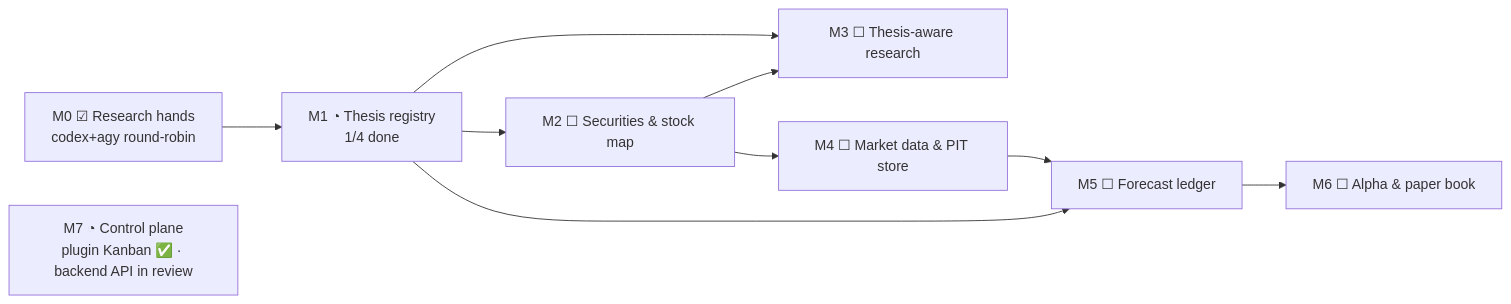
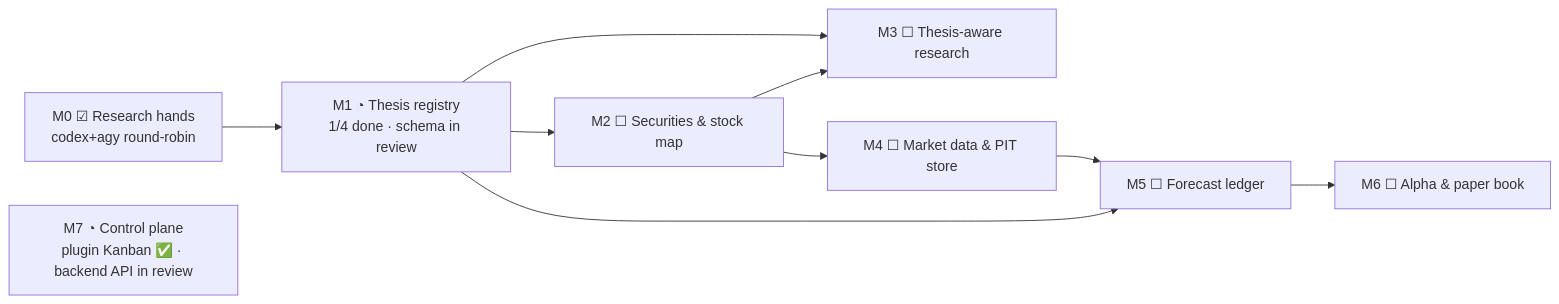
Before and after one commit to dmquant/institute-one: the first of 2 diagrams in README.md, drawn with Mermaid. The commit also changed other lines of this file and 8 other files, not shown here.

First line of the commit message:
Add thesis and market import schema migration (M1-001)

````diff
--- a/README.md
+++ b/README.md
@@ -158,15 +158,15 @@
 ```mermaid
 flowchart LR
     M0["M0 ☑ Research hands<br/>codex+agy round-robin"]
-    M1["M1 ◔ Thesis registry<br/>1/4 done"]
+    M1["M1 ◔ Thesis registry<br/>1/4 done · schema in review"]
     M2["M2 ☐ Securities & stock map"]
     M3["M3 ☐ Thesis-aware research"]
     M4["M4 ☐ Market data & PIT store"]
     M5["M5 ☐ Forecast ledger"]
     M6["M6 ☐ Alpha & paper book"]
     M7["M7 ◔ Control plane<br/>plugin Kanban ✅ · backend API in review"]
     M0 --> M1 --> M2
     M1 & M2 --> M3
     M2 --> M4 --> M5 --> M6
     M1 --> M5
 ```
````
